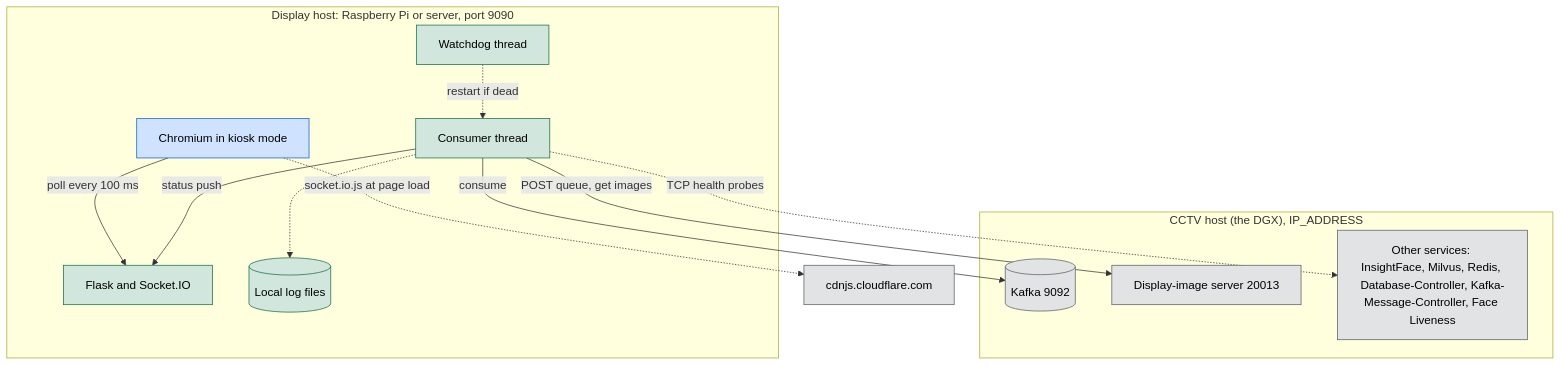
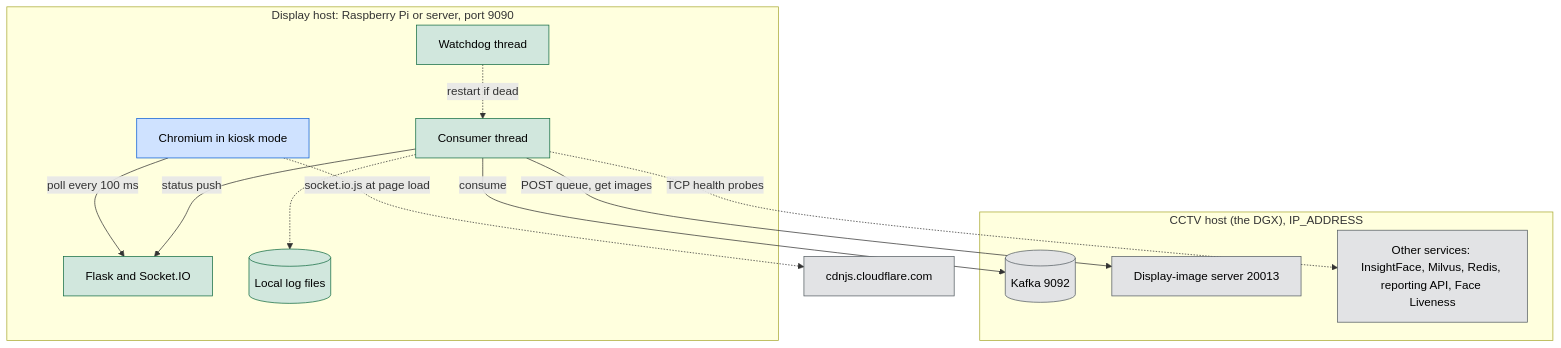
Before and after one commit to hamza-aziz-ai/Kafka-WebApp: the first of 3 diagrams in docs/ARCHITECTURE.md, drawn with Mermaid. The commit also changed other lines of this file and 9 other files, not shown here.

````diff
--- a/docs/ARCHITECTURE.md
+++ b/docs/ARCHITECTURE.md
@@ -37,29 +37,29 @@
 ```mermaid
 flowchart TD
     subgraph display["`Display host: Raspberry Pi or server, port 9090`"]
         K["`Chromium in kiosk mode`"]:::person
         W["`Flask and Socket.IO`"]:::code
         C["`Consumer thread`"]:::code
         D["`Watchdog thread`"]:::code
         L[("`Local log files`")]:::code
     end
     subgraph dgx["`CCTV host (the DGX), IP_ADDRESS`"]
         Q[("`Kafka 9092`")]:::outside
         I["`Display-image server 20013`"]:::outside
-        S["`Other services: InsightFace, Milvus, Redis, Database-Controller, Kafka-Message-Controller, Face Liveness`"]:::outside
+        S["`Other services: InsightFace, Milvus, Redis, reporting API, Face Liveness`"]:::outside
     end
     N["`cdnjs.cloudflare.com`"]:::outside
 
     K -->|"poll every 100 ms"| W
     K -.->|"socket.io.js at page load"| N
     C -->|"status push"| W
     C -->|"consume"| Q
     C -->|"POST queue, get images"| I
     C -.->|"TCP health probes"| S
     C -.-> L
     D -.->|"restart if dead"| C
 
     classDef person fill:#cfe2ff,stroke:#0b5ed7,color:#000
     classDef code fill:#d1e7dd,stroke:#146c43,color:#000
     classDef outside fill:#e2e3e5,stroke:#565e64,color:#000
 ```
````
